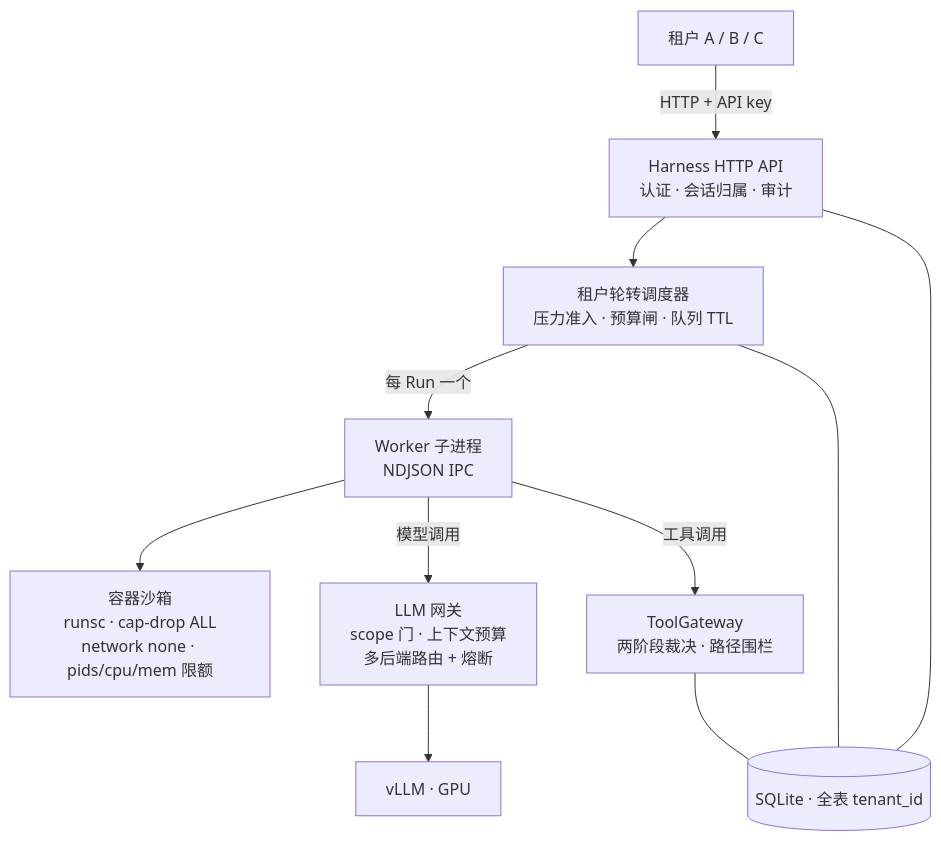
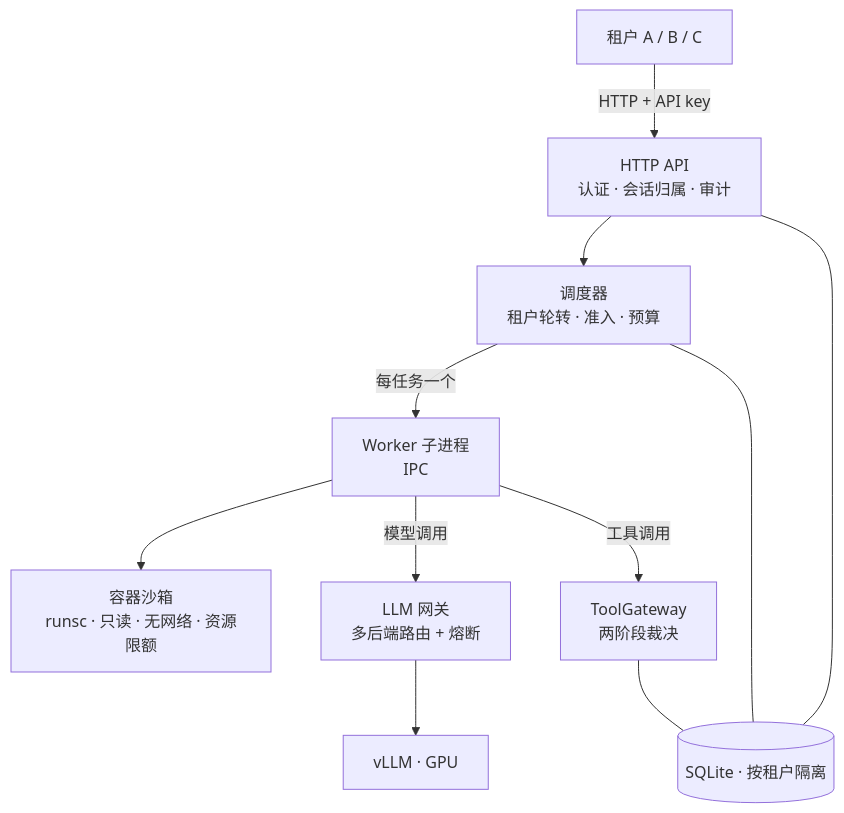
One commit to lilyeggy/VRAM-Aware-Harness changed the diagram in README.md. Above: the diagram before and after it, drawn with Mermaid. The commit also changed other lines of this file, not shown here.

````diff
--- a/README.md
+++ b/README.md
@@ -14,13 +28,13 @@
 ```mermaid
 flowchart TB
-    U["租户 A / B / C"] -->|"HTTP + API key"| API["Harness HTTP API<br/>认证 · 会话归属 · 审计"]
-    API --> SCH["租户轮转调度器<br/>压力准入 · 预算闸 · 队列 TTL"]
-    SCH -->|"每 Run 一个"| W["Worker 子进程<br/>NDJSON IPC"]
-    W --> SB["容器沙箱<br/>runsc · cap-drop ALL<br/>network none · pids/cpu/mem 限额"]
-    W -->|"工具调用"| TG["ToolGateway<br/>两阶段裁决 · 路径围栏"]
-    W -->|"模型调用"| GW["LLM 网关<br/>scope 门 · 上下文预算<br/>多后端路由 + 熔断"]
+    U["租户 A / B / C"] -->|"HTTP + API key"| API["HTTP API<br/>认证 · 会话归属 · 审计"]
+    API --> SCH["调度器<br/>租户轮转 · 准入 · 预算"]
+    SCH -->|"每任务一个"| W["Worker 子进程<br/>IPC"]
+    W --> SB["容器沙箱<br/>runsc · 只读 · 无网络 · 资源限额"]
+    W -->|"工具调用"| TG["ToolGateway<br/>两阶段裁决"]
+    W -->|"模型调用"| GW["LLM 网关<br/>多后端路由 + 熔断"]
     GW --> VLLM["vLLM · GPU"]
-    API --- DB[("SQLite · 全表 tenant_id")]
+    API --- DB[("SQLite · 按租户隔离")]
     SCH --- DB
     TG --- DB
 ```
````
